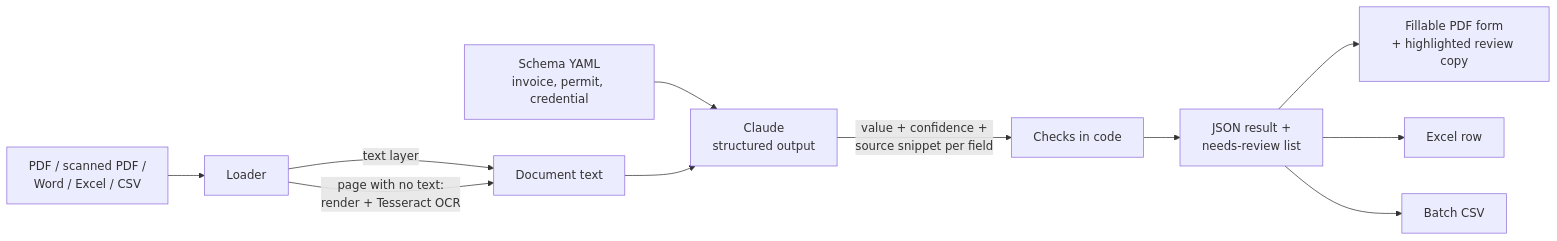
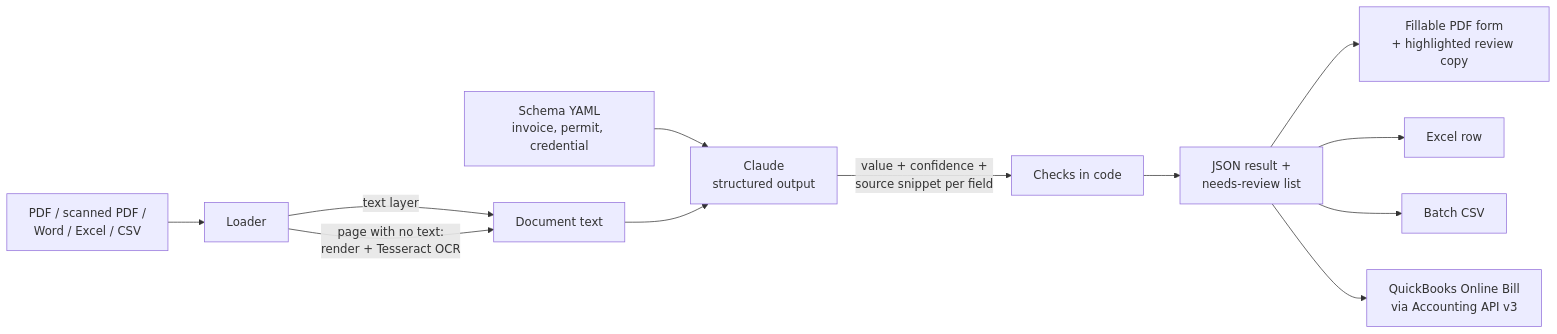
Before and after one commit to ParishSynthMind/ai-document-extractor: the diagram in README.md, drawn with Mermaid. The commit also changed other lines of this file and 40 other files, not shown here.

First line of the commit message:
QuickBooks Online add-on: invoices to sandbox Bills with duplicate guard and rotating tokens

````diff
--- a/README.md
+++ b/README.md
@@ -11,13 +11,14 @@
 ```mermaid
 flowchart LR
     A[PDF / scanned PDF /<br/>Word / Excel / CSV] --> B[Loader]
     B -->|text layer| C[Document text]
     B -->|page with no text:<br/>render + Tesseract OCR| C
     S[Schema YAML<br/>invoice, permit, credential] --> D
     C --> D[Claude<br/>structured output]
     D -->|value + confidence +<br/>source snippet per field| E[Checks in code]
     E --> F[JSON result +<br/>needs-review list]
     F --> G[Fillable PDF form<br/>+ highlighted review copy]
     F --> H[Excel row]
     F --> I[Batch CSV]
+    F --> J[QuickBooks Online Bill<br/>via Accounting API v3]
 ```
````
